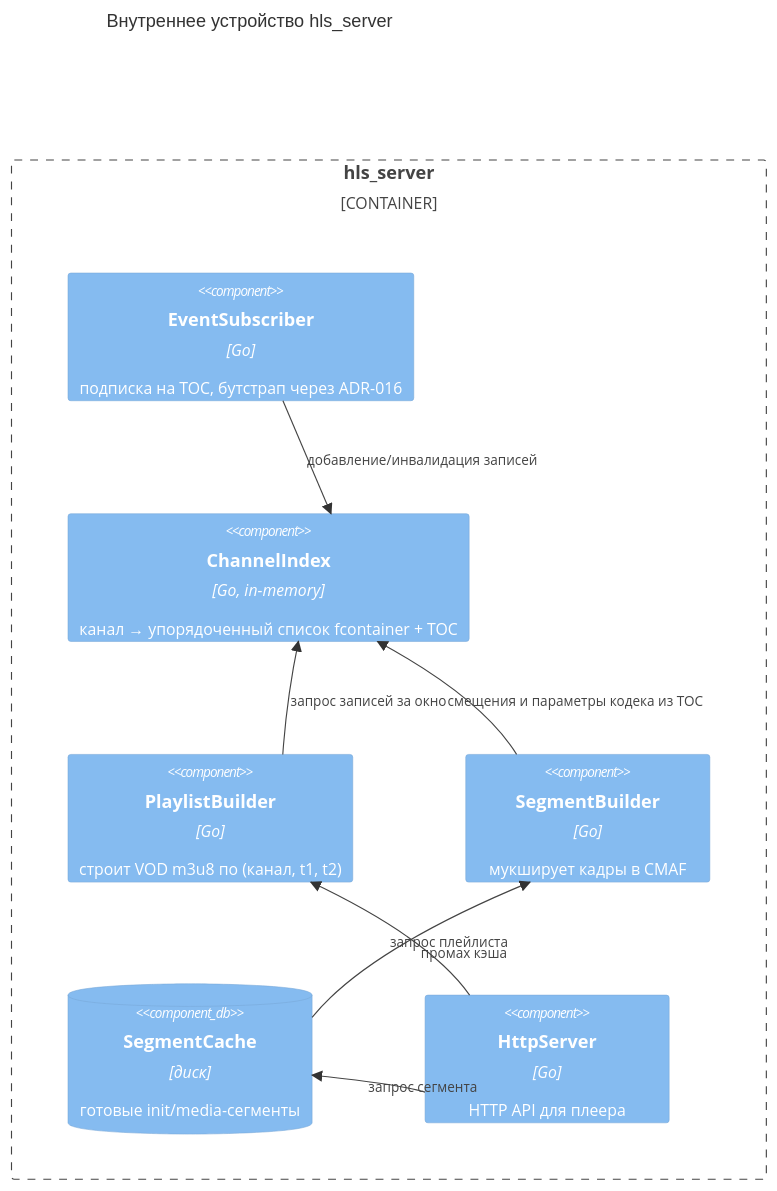
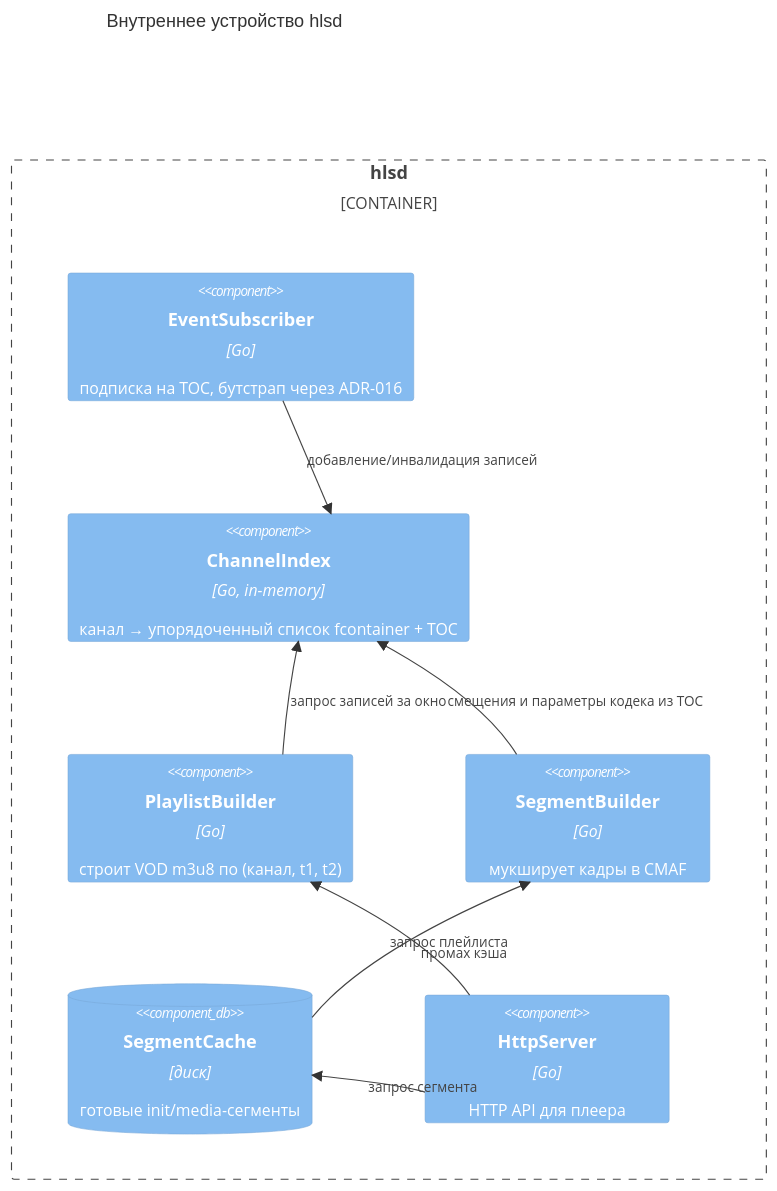
The second of 5 diagrams in docs/docs/archive/12-hls-server.md (traycers/farc), drawn with Mermaid before and after one commit. The commit also changed other lines of this file and 105 other files, not shown here.

````diff
--- a/docs/docs/archive/12-hls-server.md
+++ b/docs/docs/archive/12-hls-server.md
@@ -124,20 +124,20 @@
 ```mermaid
 C4Component
-    title Внутреннее устройство hls_server
+    title Внутреннее устройство hlsd
 
-    Container_Boundary(hls, "hls_server") {
+    Container_Boundary(hls, "hlsd") {
         Component(sub, "EventSubscriber", "Go", "подписка на TOC, бутстрап через ADR-016")
         Component(idx, "ChannelIndex", "Go, in-memory", "канал → упорядоченный список fcontainer + TOC")
         Component(pb, "PlaylistBuilder", "Go", "строит VOD m3u8 по (канал, t1, t2)")
         Component(sb, "SegmentBuilder", "Go", "мукширует кадры в CMAF")
         ComponentDb(cache, "SegmentCache", "диск", "готовые init/media-сегменты")
         Component(http, "HttpServer", "Go", "HTTP API для плеера")
     }
 
     Rel(sub, idx, "добавление/инвалидация записей")
     Rel(pb, idx, "запрос записей за окно")
     Rel(http, pb, "запрос плейлиста")
     Rel(http, cache, "запрос сегмента")
     Rel(cache, sb, "промах кэша")
     Rel(sb, idx, "смещения и параметры кодека из TOC")
 ```
````
